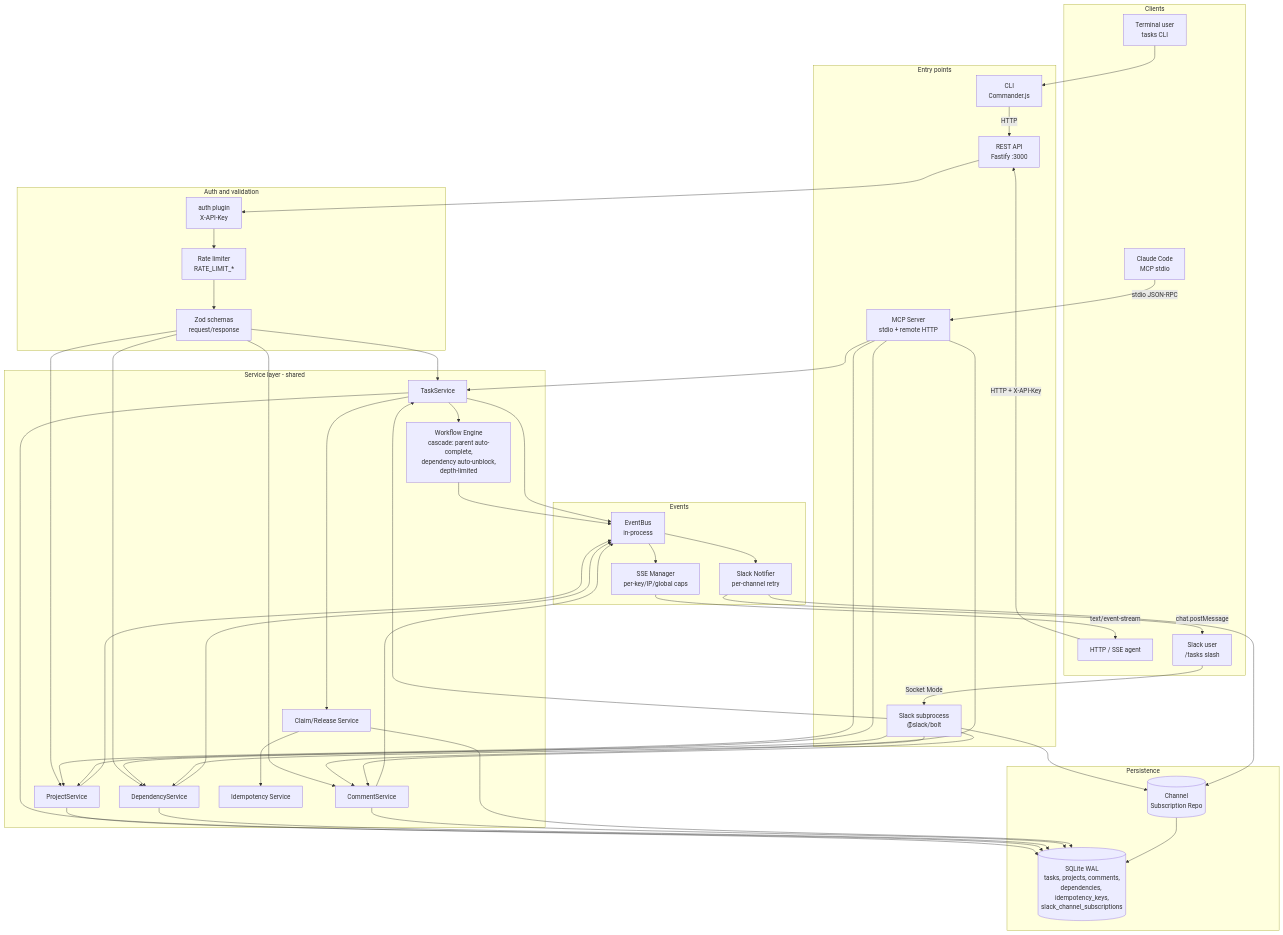
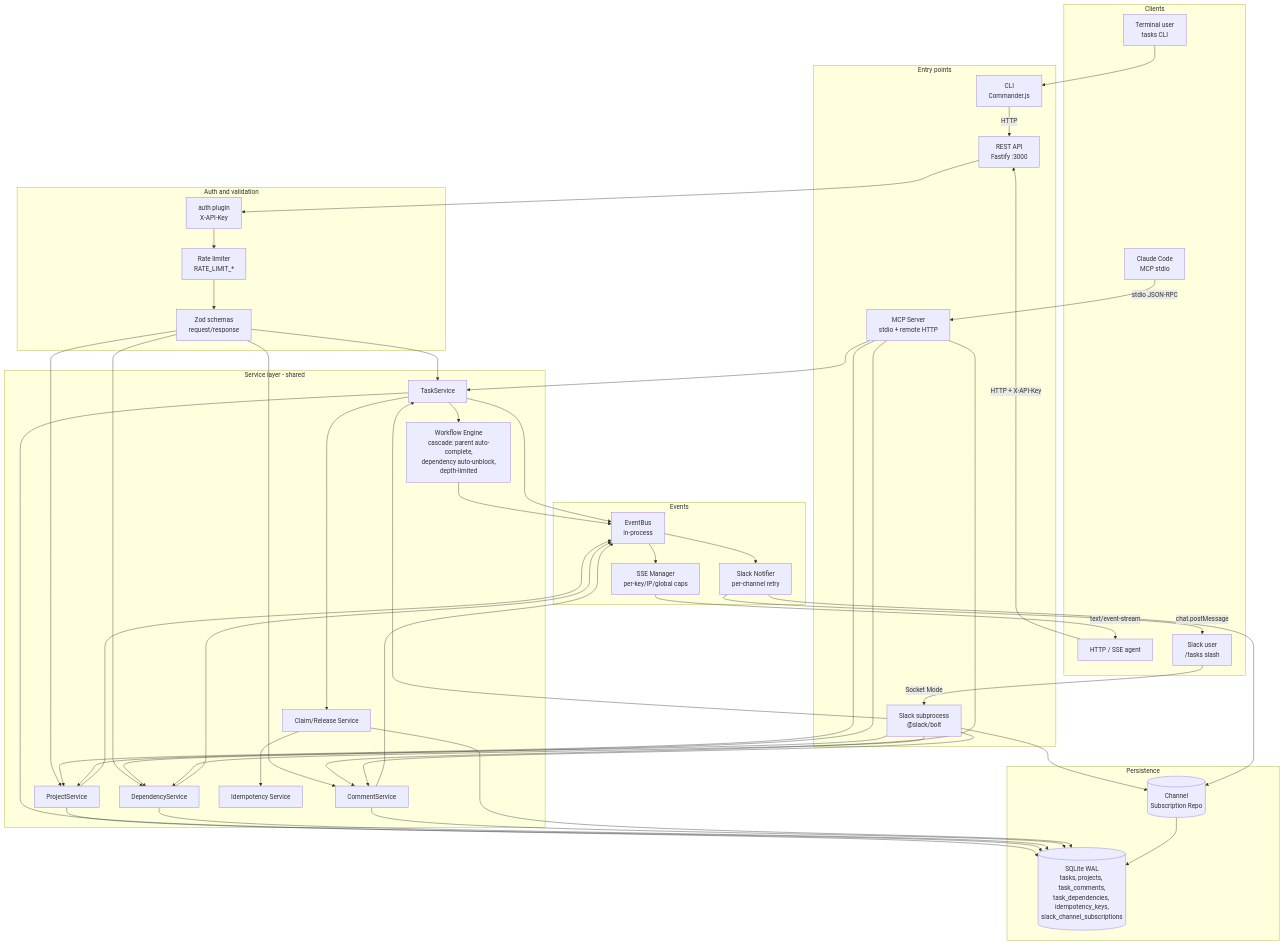
The diagram in README.md (Wood-Fired-Games/wood-fired-tasks), drawn with Mermaid before and after one commit. The commit also changed other lines of this file, not shown here.

First line of the commit message:
docs(readme): correct table names, /health, API_KEYS, endpoint count, security model

```diff
--- a/README.md
+++ b/README.md
@@ -136,7 +141,7 @@
   end
 
   subgraph storage[Persistence]
-    DB[(SQLite WAL<br/>tasks, projects, comments,<br/>dependencies, idempotency_keys,<br/>slack_channel_subscriptions)]
+    DB[(SQLite WAL<br/>tasks, projects, task_comments,<br/>task_dependencies, idempotency_keys,<br/>slack_channel_subscriptions)]
     Subs[(Channel<br/>Subscription Repo)]
   end
 
```
